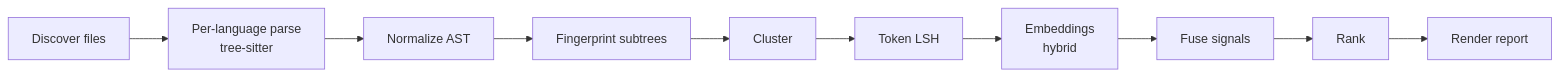
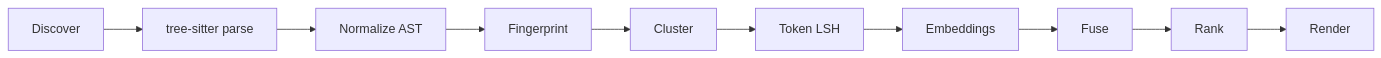
The diagram in AGENTS.md (Nimblesite/Deslop), drawn with Mermaid before and after one commit. The commit also changed other lines of this file and 250 other files, not shown here.

````diff
--- a/AGENTS.md
+++ b/AGENTS.md
@@ -98,12 +89,4 @@
 ```mermaid
 flowchart LR
-    discover[Discover files] --> parse[Per-language parse<br/>tree-sitter]
-    parse --> normalize[Normalize AST]
-    normalize --> fingerprint[Fingerprint subtrees]
-    fingerprint --> cluster[Cluster]
-    cluster --> lsh[Token LSH]
-    lsh --> embed[Embeddings<br/>hybrid]
-    embed --> fuse[Fuse signals]
-    fuse --> rank[Rank]
-    rank --> render[Render report]
+    discover[Discover] --> parse[tree-sitter parse] --> normalize[Normalize AST] --> fingerprint[Fingerprint] --> cluster[Cluster] --> lsh[Token LSH] --> embed[Embeddings] --> fuse[Fuse] --> rank[Rank] --> render[Render]
 ```
````
